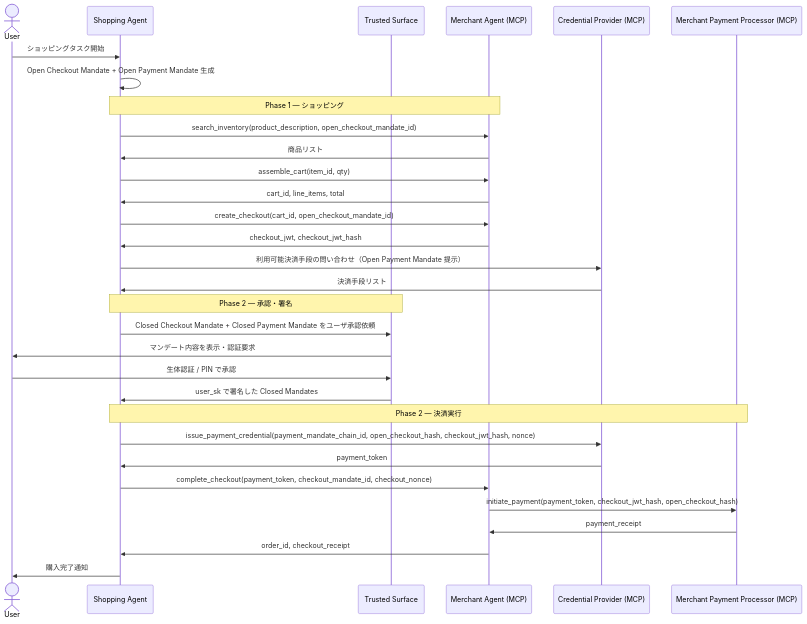
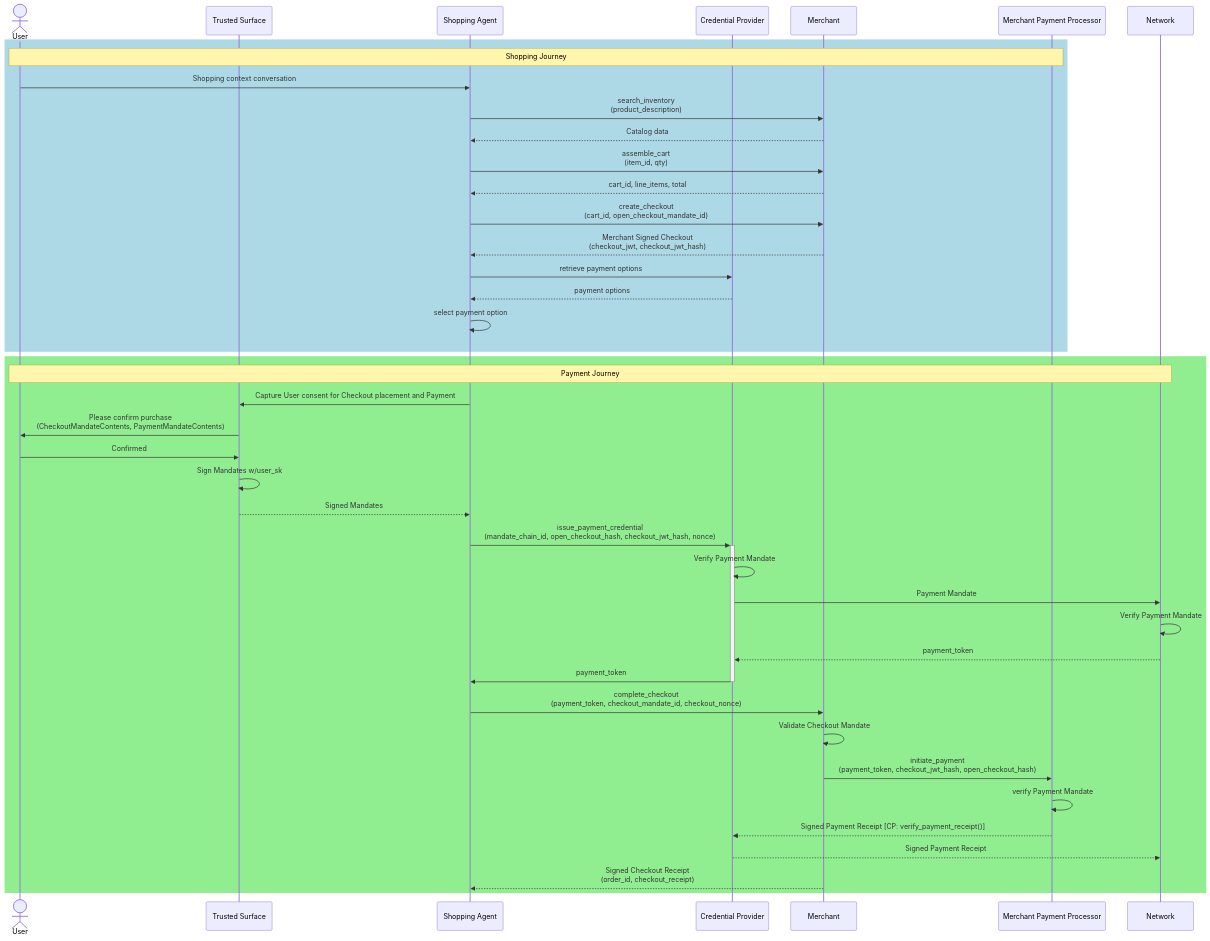
Before and after one commit to atakedemo/agent-commerce-research: the first of 2 diagrams in insights/003-ap2-research/sequence_diagram.md, drawn with Mermaid. The commit also changed other lines of this file, not shown here.

First line of the commit message:
シーケンス図の微修正

````diff
--- a/insights/003-ap2-research/sequence_diagram.md
+++ b/insights/003-ap2-research/sequence_diagram.md
@@ -7,37 +7,46 @@
 ```mermaid
 sequenceDiagram
     actor User
+    participant TS as Trusted Surface
     participant SA as Shopping Agent
-    participant TS as Trusted Surface
-    participant MA as Merchant Agent (MCP)
-    participant CP as Credential Provider (MCP)
-    participant MPP as Merchant Payment Processor (MCP)
+    participant CP as Credential Provider
+    participant MA as Merchant
+    participant MPP as Merchant Payment Processor
+    participant NW as Network
 
-    User->>SA: ショッピングタスク開始
-    SA->>SA: Open Checkout Mandate + Open Payment Mandate 生成
+    rect rgb(173, 216, 230)
+        Note over User,MPP: Shopping Journey
+        User->>SA: Shopping context conversation
+        SA->>MA: search_inventory<br>(product_description)
+        MA-->>SA: Catalog data
+        SA->>MA: assemble_cart<br>(item_id, qty)
+        MA-->>SA: cart_id, line_items, total
+        SA->>MA: create_checkout<br>(cart_id, open_checkout_mandate_id)
+        MA-->>SA: Merchant Signed Checkout<br>(checkout_jwt, checkout_jwt_hash)
+        SA->>CP: retrieve payment options
+        CP-->>SA: payment options
+        SA->>SA: select payment option
+    end
 
-    Note over SA,MA: Phase 1 — ショッピング
-    SA->>MA: search_inventory(product_description, open_checkout_mandate_id)
-    MA->>SA: 商品リスト
-    SA->>MA: assemble_cart(item_id, qty)
-    MA->>SA: cart_id, line_items, total
-    SA->>MA: create_checkout(cart_id, open_checkout_mandate_id)
-    MA->>SA: checkout_jwt, checkout_jwt_hash
-    SA->>CP: 利用可能決済手段の問い合わせ（Open Payment Mandate 提示）
-    CP->>SA: 決済手段リスト
-
-    Note over SA,TS: Phase 2 — 承認・署名
-    SA->>TS: Closed Checkout Mandate + Closed Payment Mandate をユーザ承認依頼
-    TS->>User: マンデート内容を表示・認証要求
-    User->>TS: 生体認証 / PIN で承認
-    TS->>SA: user_sk で署名した Closed Mandates
-
-    Note over SA,MPP: Phase 2 — 決済実行
-    SA->>CP: issue_payment_credential(payment_mandate_chain_id, open_checkout_hash, checkout_jwt_hash, nonce)
-    CP->>SA: payment_token
-    SA->>MA: complete_checkout(payment_token, checkout_mandate_id, checkout_nonce)
-    MA->>MPP: initiate_payment(payment_token, checkout_jwt_hash, open_checkout_hash)
-    MPP->>MA: payment_receipt
-    MA->>SA: order_id, checkout_receipt
-    SA->>User: 購入完了通知
+    rect rgb(144, 238, 144)
+        Note over User,NW: Payment Journey
+        SA->>TS: Capture User consent for Checkout placement and Payment
+        TS->>User: Please confirm purchase<br>(CheckoutMandateContents, PaymentMandateContents)
+        User->>TS: Confirmed
+        TS->>TS: Sign Mandates w/user_sk
+        TS-->>SA: Signed Mandates
+        SA->>+CP: issue_payment_credential<br>(mandate_chain_id, open_checkout_hash, checkout_jwt_hash, nonce)
+        CP->>CP: Verify Payment Mandate
+        CP->>NW: Payment Mandate
+        NW->>NW: Verify Payment Mandate
+        NW-->>CP: payment_token
+        CP->>-SA: payment_token
+        SA->>MA: complete_checkout<br>(payment_token, checkout_mandate_id, checkout_nonce)
+        MA->>MA: Validate Checkout Mandate
+        MA->>MPP: initiate_payment<br>(payment_token, checkout_jwt_hash, open_checkout_hash)
+        MPP->>MPP: verify Payment Mandate
+        MPP-->>CP: Signed Payment Receipt [CP: verify_payment_receipt()]
+        CP-->>NW: Signed Payment Receipt
+        MA-->>SA: Signed Checkout Receipt<br>(order_id, checkout_receipt)
+    end
 ```
````
